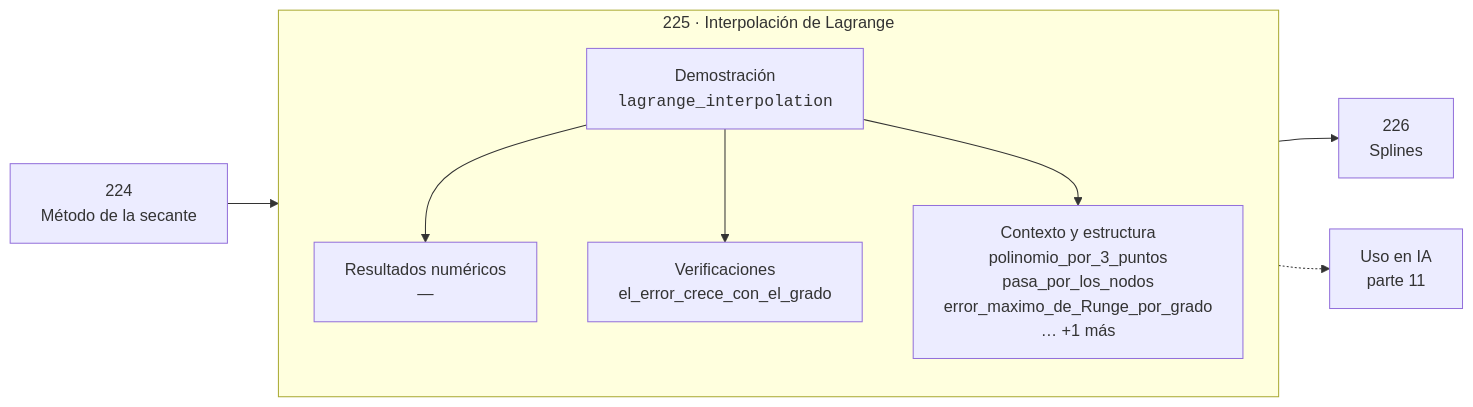
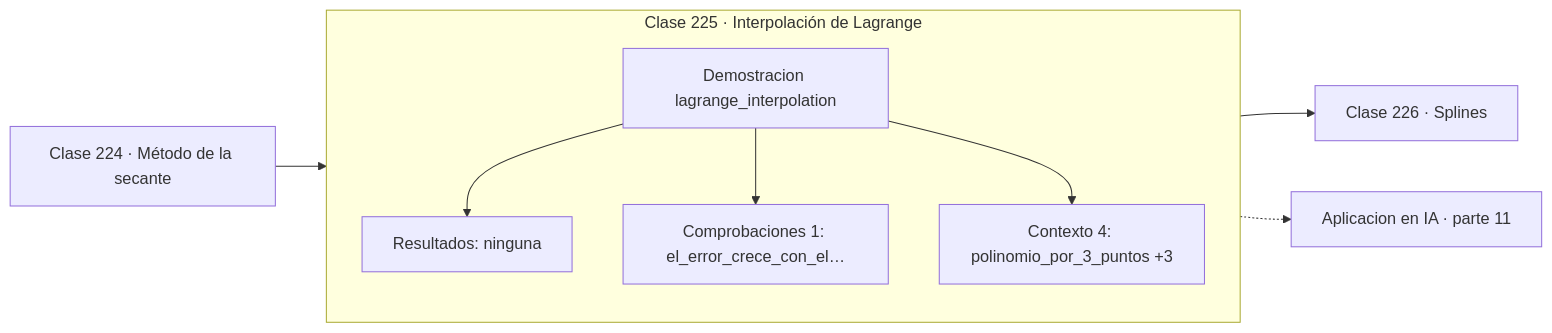
Before and after one commit to vladimiracunadev-create/computational-mathematics-program: the diagram in classes/part-11-metodos-numericos-y-computacion-cientifica/225-interpolacion-de-lagrange/README.md, drawn with Mermaid. The commit also changed 389 other files, not shown here.

First line of the commit message:
fix(diagramas): elimina el HTML de las etiquetas Mermaid

````diff
--- a/classes/part-11-metodos-numericos-y-computacion-cientifica/225-interpolacion-de-lagrange/README.md
+++ b/classes/part-11-metodos-numericos-y-computacion-cientifica/225-interpolacion-de-lagrange/README.md
@@ -30,12 +30,13 @@
 ```mermaid
 flowchart LR
-    P["224<br/>Método de la secante"] --> C
-    subgraph C["225 · Interpolación de Lagrange"]
+    P["Clase 224 · Método de la secante"] --> D
+    subgraph CLASE["Clase 225 · Interpolación de Lagrange"]
         direction TB
-        D["Demostración<br/><code>lagrange_interpolation</code>"] --> R["Resultados numéricos<br/>—"]
-        D --> V["Verificaciones<br/>el_error_crece_con_el_grado"]
-        D --> O["Contexto y estructura<br/>polinomio_por_3_puntos<br/>pasa_por_los_nodos<br/>error_maximo_de_Runge_por_grado<br/>… +1 más"]
+        D["Demostracion lagrange_interpolation"]
+        D --> R["Resultados: ninguna"]
+        D --> V["Comprobaciones 1: el_error_crece_con_el…"]
+        D --> O["Contexto 4: polinomio_por_3_puntos +3"]
     end
-    C --> N["226<br/>Splines"]
-    C -.-> IA["Uso en IA<br/>parte 11"]
+    R --> N["Clase 226 · Splines"]
+    V -.-> IA["Aplicacion en IA · parte 11"]
 ```
````
